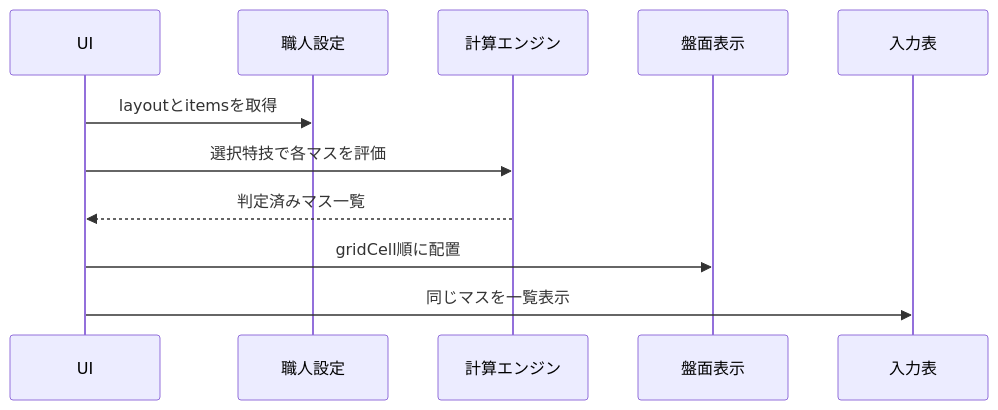
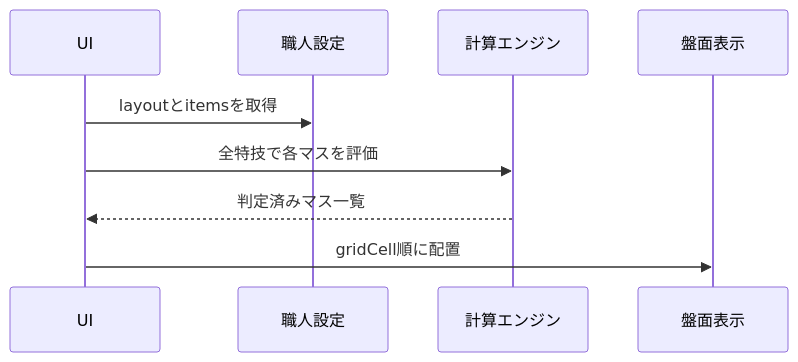
Before and after one commit to kwdch013/crafting_dq10: the diagram in docs/design/05-display-layout.md, drawn with Mermaid. The commit also changed other lines of this file and 187 other files, not shown here.

````diff
--- a/docs/design/05-display-layout.md
+++ b/docs/design/05-display-layout.md
@@ -82,14 +106,12 @@
 ```mermaid
 sequenceDiagram
   participant UI as UI
   participant Config as 職人設定
   participant Engine as 計算エンジン
   participant Board as 盤面表示
-  participant Table as 入力表
 
   UI->>Config: layoutとitemsを取得
-  UI->>Engine: 選択特技で各マスを評価
+  UI->>Engine: 全特技で各マスを評価
   Engine-->>UI: 判定済みマス一覧
   UI->>Board: gridCell順に配置
-  UI->>Table: 同じマスを一覧表示
 ```
````
